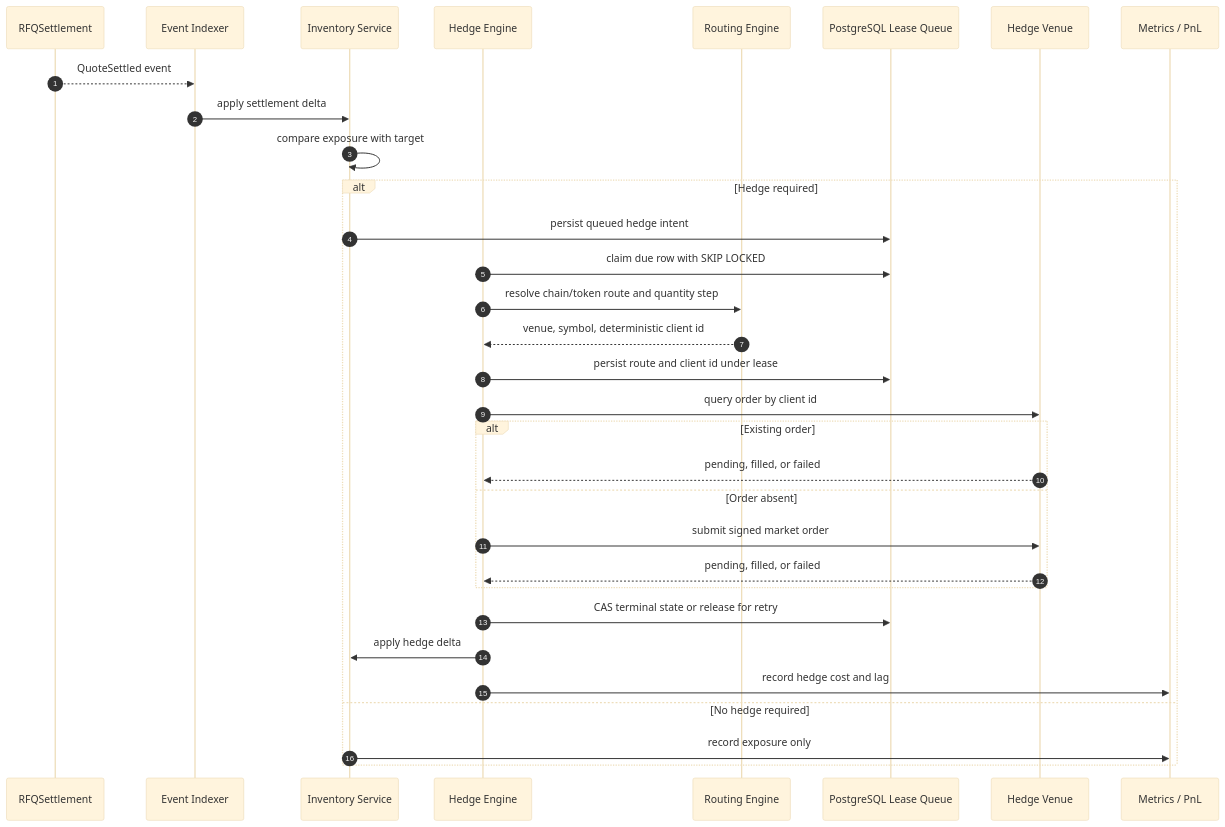
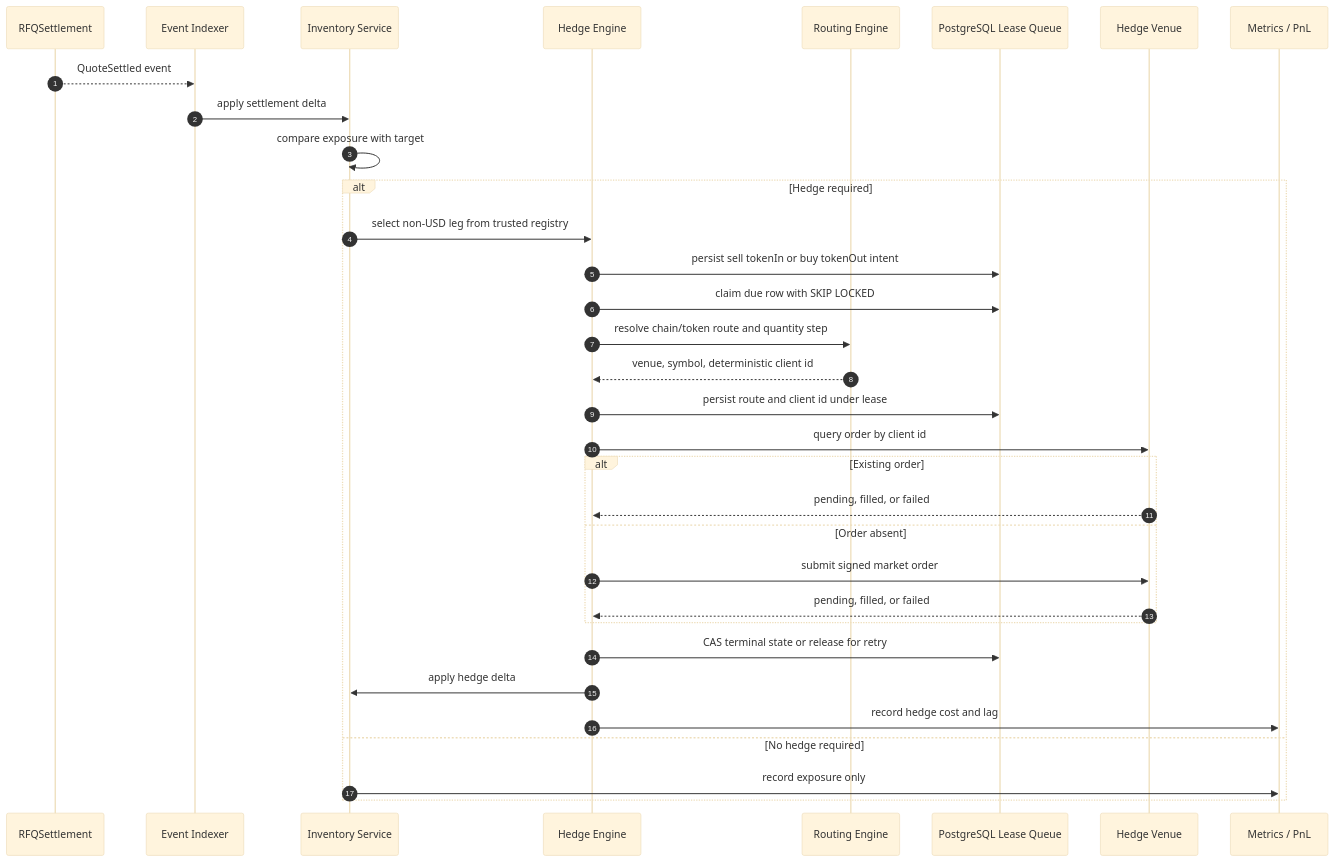
Before and after one commit to alvis-ai/production-grade-web3-rfq-market-maker: the diagram in docs/diagrams/hedge-sequence.md, drawn with Mermaid (base theme). The commit also changed other lines of this file and 31 other files, not shown here.

````diff
--- a/docs/diagrams/hedge-sequence.md
+++ b/docs/diagrams/hedge-sequence.md
@@ -5,35 +5,36 @@
 ```mermaid
 sequenceDiagram
   autonumber
   participant Chain as RFQSettlement
   participant Indexer as Event Indexer
   participant Inventory as Inventory Service
   participant Hedge as Hedge Engine
   participant Routing as Routing Engine
   participant Queue as PostgreSQL Lease Queue
   participant Venue as Hedge Venue
   participant Metrics as Metrics / PnL
 
   Chain-->>Indexer: QuoteSettled event
   Indexer->>Inventory: apply settlement delta
   Inventory->>Inventory: compare exposure with target
   alt Hedge required
-    Inventory->>Queue: persist queued hedge intent
+    Inventory->>Hedge: select non-USD leg from trusted registry
+    Hedge->>Queue: persist sell tokenIn or buy tokenOut intent
     Hedge->>Queue: claim due row with SKIP LOCKED
     Hedge->>Routing: resolve chain/token route and quantity step
     Routing-->>Hedge: venue, symbol, deterministic client id
     Hedge->>Queue: persist route and client id under lease
     Hedge->>Venue: query order by client id
     alt Existing order
       Venue-->>Hedge: pending, filled, or failed
     else Order absent
       Hedge->>Venue: submit signed market order
       Venue-->>Hedge: pending, filled, or failed
     end
     Hedge->>Queue: CAS terminal state or release for retry
     Hedge->>Inventory: apply hedge delta
     Hedge->>Metrics: record hedge cost and lag
   else No hedge required
     Inventory->>Metrics: record exposure only
   end
 ```
````
